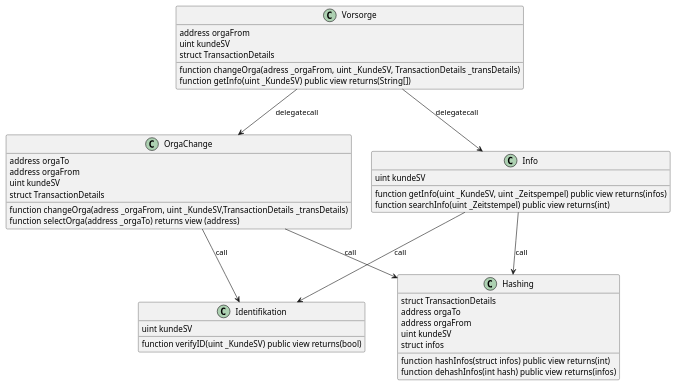
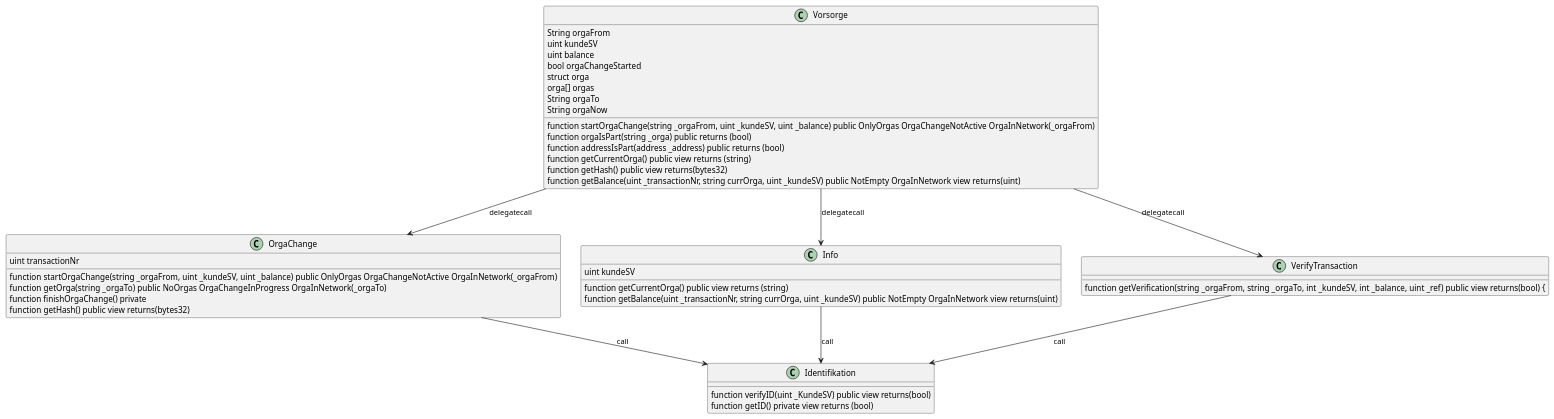
The diagram in docs/VVS.puml (TK5-Tim/Unibas-BCC2019-VVS), drawn with PlantUML before and after one commit. The commit also changed 9 other files, not shown here.

Commit message:
add comments + change diagrams

```diff
--- a/docs/VVS.puml
+++ b/docs/VVS.puml
@@ -1,42 +1,54 @@
 @startuml VVS_classes
 class Vorsorge {
-    address orgaFrom
+    String orgaFrom
     uint kundeSV
-    struct TransactionDetails
-    function changeOrga(adress _orgaFrom, uint _KundeSV, TransactionDetails _transDetails)
-    function getInfo(uint _KundeSV)  public view returns(String[])
+    uint balance 
+    bool orgaChangeStarted 
+    struct orga 
+    orga[] orgas
+    String orgaTo
+    String orgaNow
+    function startOrgaChange(string _orgaFrom, uint _kundeSV, uint _balance) public OnlyOrgas OrgaChangeNotActive OrgaInNetwork(_orgaFrom)
+    function orgaIsPart(string _orga) public returns (bool)
+    function addressIsPart(address _address) public returns (bool) 
+    function getCurrentOrga() public view returns (string) 
+    function getHash() public view returns(bytes32)
+    function getBalance(uint _transactionNr, string currOrga, uint _kundeSV) public NotEmpty OrgaInNetwork view returns(uint)
 }
 class OrgaChange {
-    address orgaTo
-    address orgaFrom
-    uint kundeSV
-    struct TransactionDetails
-    function changeOrga(adress _orgaFrom, uint _KundeSV,TransactionDetails _transDetails)
-    function selectOrga(address _orgaTo) returns view (address)
+    uint transactionNr
+    
+
+    function startOrgaChange(string _orgaFrom, uint _kundeSV, uint _balance) public OnlyOrgas OrgaChangeNotActive OrgaInNetwork(_orgaFrom)
+    function getOrga(string _orgaTo) public NoOrgas OrgaChangeInProgress OrgaInNetwork(_orgaTo) 
+    function finishOrgaChange() private
+    function getHash() public view returns(bytes32)
+
+
+
+
 }
 class Info {
     uint kundeSV
-    function getInfo(uint _KundeSV, uint _Zeitspempel) public view returns(infos)
-    function searchInfo(uint _Zeitstempel) public view returns(int)
+    function getCurrentOrga() public view returns (string) 
+    function getBalance(uint _transactionNr, string currOrga, uint _kundeSV) public NotEmpty OrgaInNetwork view returns(uint)
 }
 class Identifikation {
-    uint kundeSV
     function verifyID(uint _KundeSV) public view returns(bool)
+    function getID() private view returns (bool)
+
 }
-class Hashing {
-    struct TransactionDetails 
-    address orgaTo
-    address orgaFrom
-    uint kundeSV 
-    struct infos 
-    function hashInfos(struct infos) public view returns(int)
-    function dehashInfos(int hash) public view returns(infos)
+class VerifyTransaction {
+
+function getVerification(string _orgaFrom, string _orgaTo, int _kundeSV, int _balance, uint _ref) public view returns(bool) {
+
 }
+
 Vorsorge --> OrgaChange : delegatecall
 Vorsorge --> Info : delegatecall
+Vorsorge --> VerifyTransaction : delegatecall 
 OrgaChange --> Identifikation : call
 Info --> Identifikation: call
-Info --> Hashing: call
-OrgaChange --> Hashing: call
+VerifyTransaction --> Identifikation: call
 
 @enduml
```
